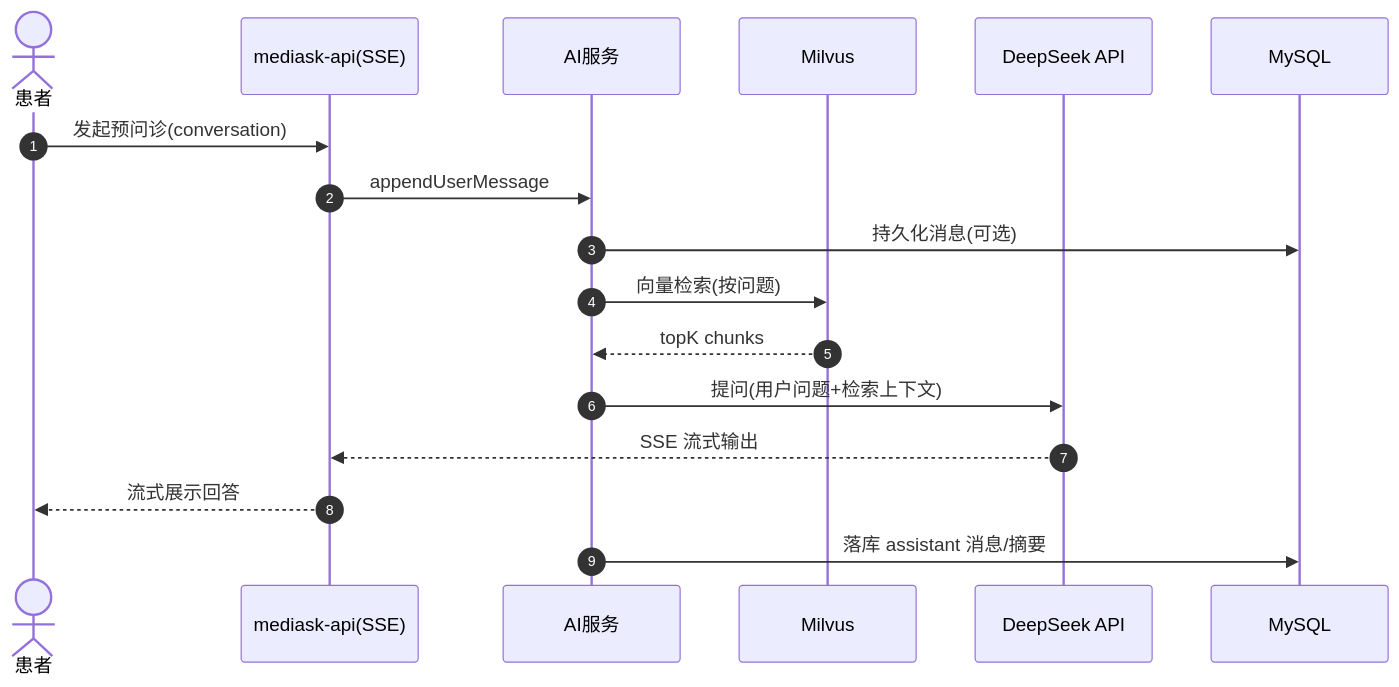
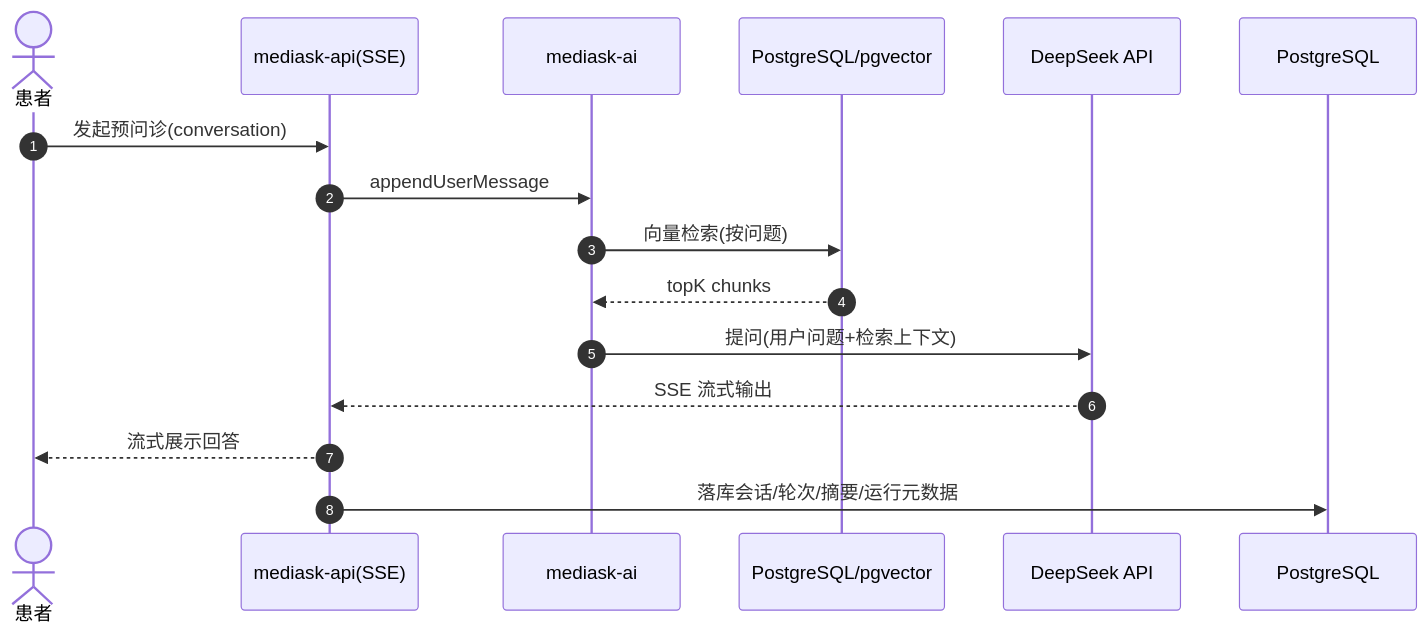
One commit to JianwenShaw/MediAskDocs changed the second of 2 diagrams in PROJECT_PLAN.md. Above: the diagram before and after it, drawn with Mermaid. The commit also changed other lines of this file and 9 other files, not shown here.

````diff
--- a/PROJECT_PLAN.md
+++ b/PROJECT_PLAN.md
@@ -151,20 +150,19 @@
 ```mermaid
 sequenceDiagram
     autonumber
     actor Patient as 患者
     participant API as mediask-api(SSE)
-    participant AI as AI服务
-    participant Vec as Milvus
+    participant AI as mediask-ai
+    participant Vec as PostgreSQL/pgvector
     participant LLM as DeepSeek API
-    participant DB as MySQL
+    participant DB as PostgreSQL
 
     Patient->>API: 发起预问诊(conversation)
     API->>AI: appendUserMessage
-    AI->>DB: 持久化消息(可选)
     AI->>Vec: 向量检索(按问题)
     Vec-->>AI: topK chunks
     AI->>LLM: 提问(用户问题+检索上下文)
     LLM-->>API: SSE 流式输出
     API-->>Patient: 流式展示回答
-    AI->>DB: 落库 assistant 消息/摘要
+    API->>DB: 落库会话/轮次/摘要/运行元数据
 ```
````
